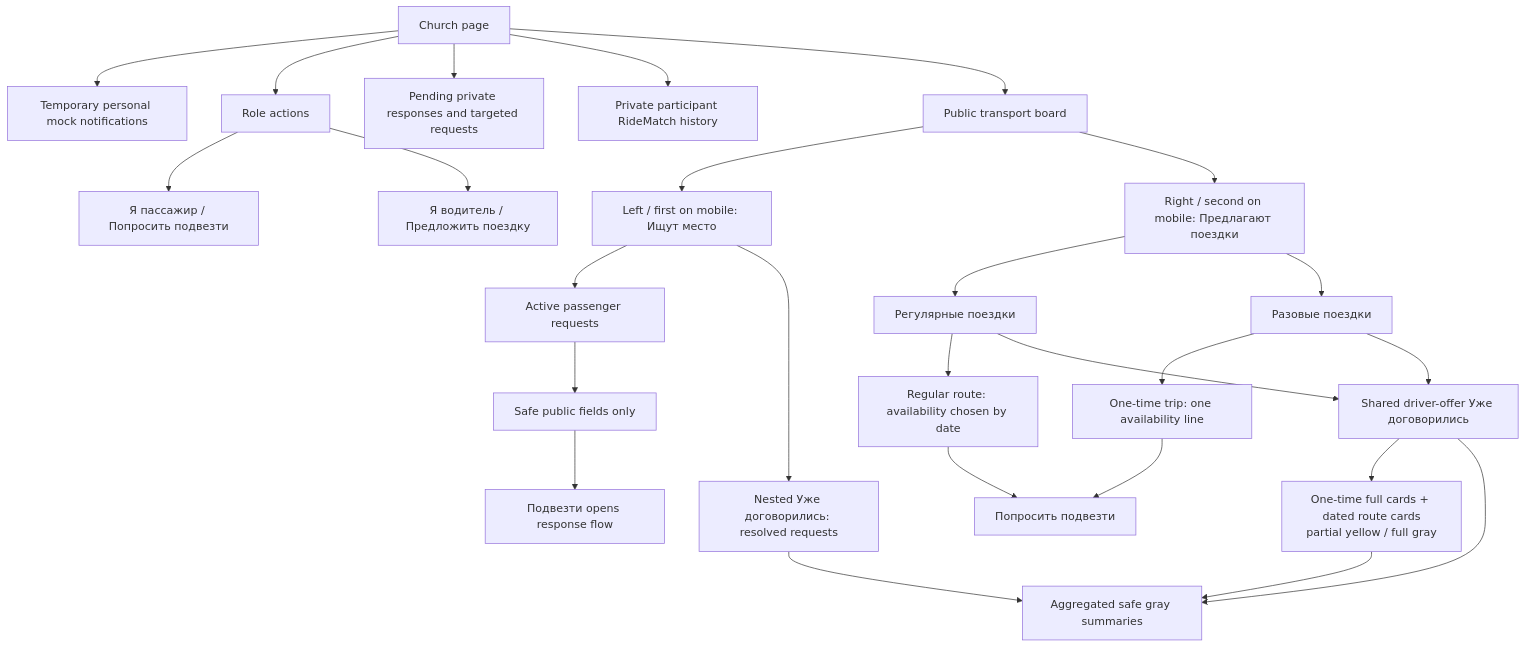
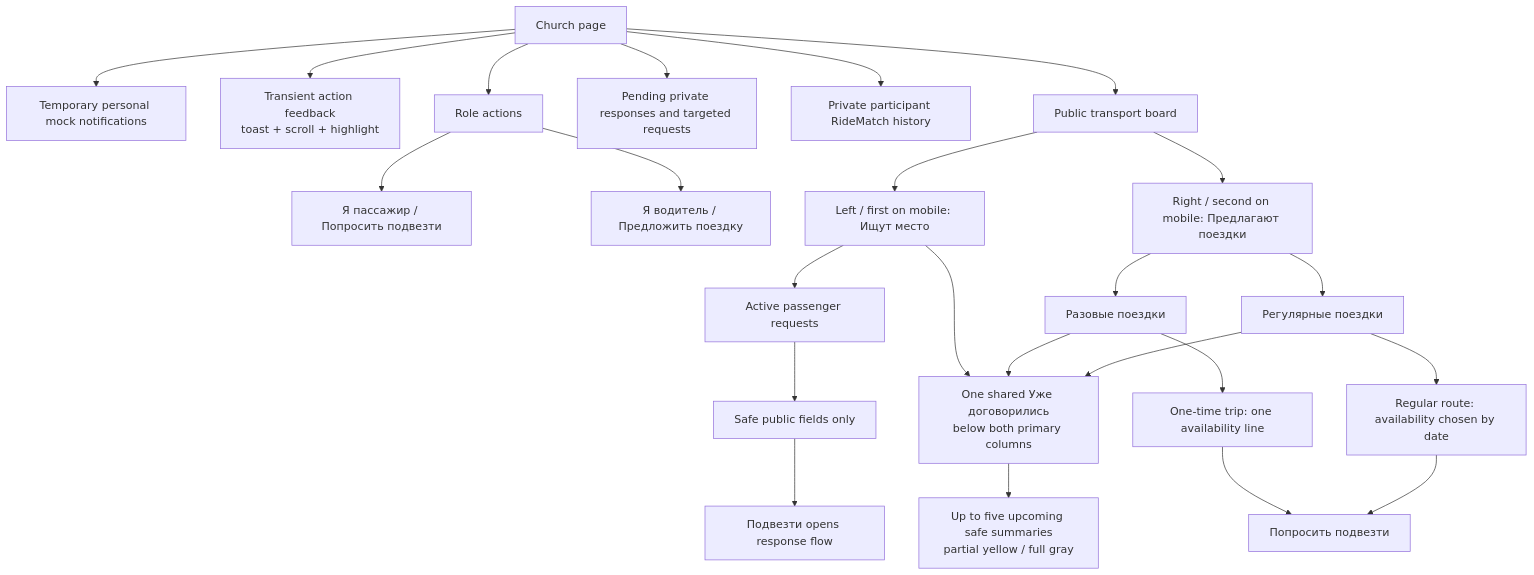
One commit to Agafanail/orthodox-routes changed the first of 18 diagrams in docs/PROJECT_MAP.md. Above: the diagram before and after it, drawn with Mermaid. The commit also changed other lines of this file and 17 other files, not shown here.

````diff
--- a/docs/PROJECT_MAP.md
+++ b/docs/PROJECT_MAP.md
@@ -7,33 +7,31 @@
 ```mermaid
 flowchart TD
     CP["Church page"] --> N["Temporary personal mock notifications"]
+    CP --> F["Transient action feedback<br/>toast + scroll + highlight"]
     CP --> A["Role actions"]
     CP --> DR["Pending private responses and targeted requests"]
     CP --> PM["Private participant RideMatch history"]
     CP --> B["Public transport board"]
 
     A --> A1["Я пассажир / Попросить подвезти"]
     A --> A2["Я водитель / Предложить поездку"]
 
     B --> L["Left / first on mobile: Ищут место"]
     B --> R["Right / second on mobile: Предлагают поездки"]
     R --> RR["Регулярные поездки"]
     R --> OT["Разовые поездки"]
 
     L --> PR1["Active passenger requests"]
     PR1 --> PR2["Safe public fields only"]
     PR2 --> PR3["Подвезти opens response flow"]
 
     OT --> O1["One-time trip: one availability line"]
     RR --> O2["Regular route: availability chosen by date"]
     O1 --> O3["Попросить подвезти"]
     O2 --> O3
 
-    L --> C1["Nested Уже договорились: resolved requests"]
-    OT --> C2["Shared driver-offer Уже договорились"]
-    RR --> C2
-    C2 --> C3["One-time full cards + dated route cards<br/>partial yellow / full gray"]
-    C1 --> SAFE["Aggregated safe gray summaries"]
-    C2 --> SAFE
-    C3 --> SAFE
+    L --> C["One shared Уже договорились<br/>below both primary columns"]
+    OT --> C
+    RR --> C
+    C --> SAFE["Up to five upcoming safe summaries<br/>partial yellow / full gray"]
 ```
````
